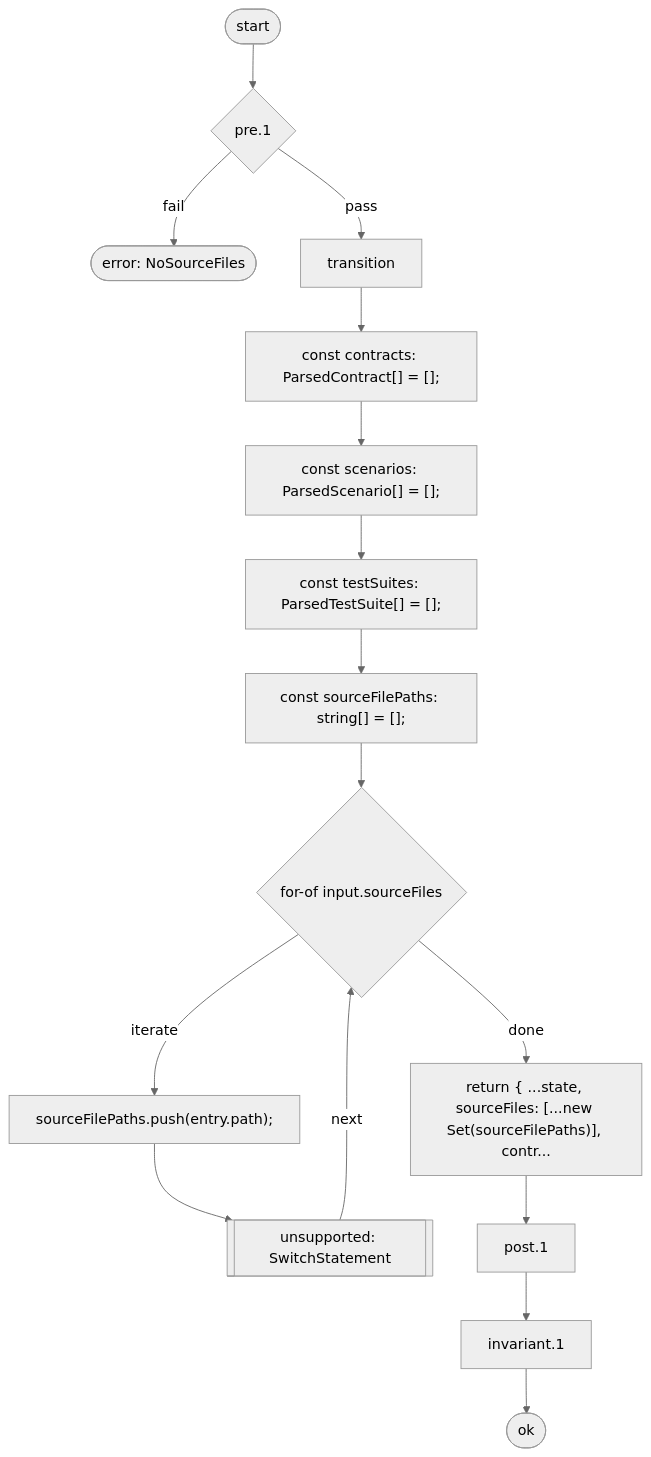
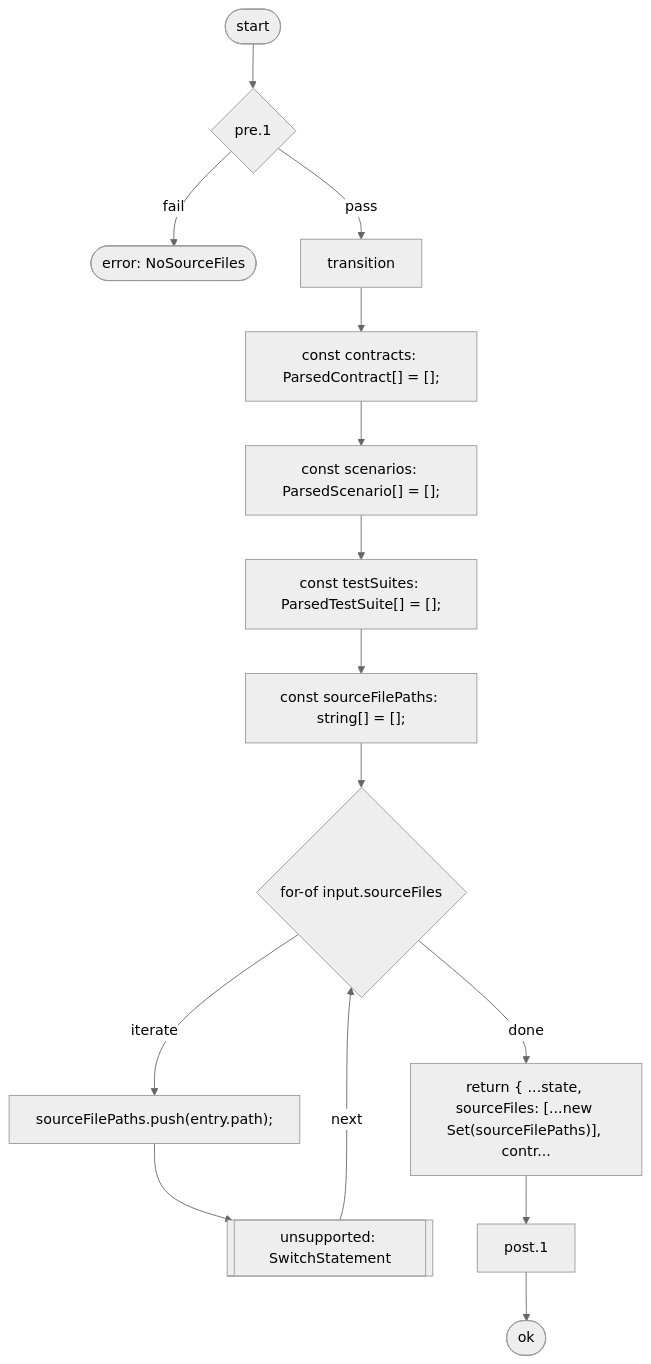
Before and after one commit to fyuuki0jp/seizu: the seventh of 13 diagrams in packages/kata-cli/docs/contracts.md, drawn with Mermaid (neutral theme). The commit also changed other lines of this file and 42 other files, not shown here.

````diff
--- a/packages/kata-cli/docs/contracts.md
+++ b/packages/kata-cli/docs/contracts.md
@@ -390,33 +402,31 @@
 ```mermaid
 flowchart TD
   n1(["start"])
   n2(["ok"])
   n3{"pre.1"}
   n4(["error: NoSourceFiles"])
   n5["transition"]
   n6["const contracts: ParsedContract[] = [];"]
   n7["const scenarios: ParsedScenario[] = [];"]
   n8["const testSuites: ParsedTestSuite[] = [];"]
   n9["const sourceFilePaths: string[] = [];"]
   n10{"for-of input.sourceFiles"}
   n11["sourceFilePaths.push(entry.path);"]
   n12[["unsupported: SwitchStatement"]]
   n13["return { ...state, sourceFiles: [...new Set(sourceFilePaths)], contr..."]
   n14["post.1"]
-  n15["invariant.1"]
   n1 --> n3
   n3 -->|fail| n4
   n3 -->|pass| n5
   n5 --> n6
   n6 --> n7
   n7 --> n8
   n8 --> n9
   n9 --> n10
   n10 -->|iterate| n11
   n10 -->|done| n13
   n11 --> n12
   n12 -->|next| n10
   n13 --> n14
-  n14 --> n15
-  n15 --> n2
+  n14 --> n2
 ```
````
